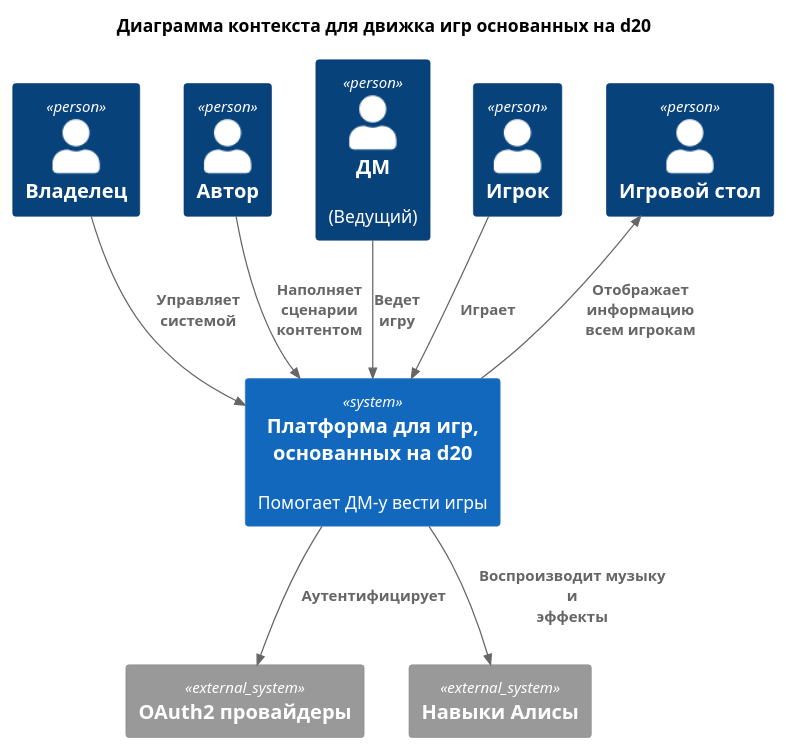
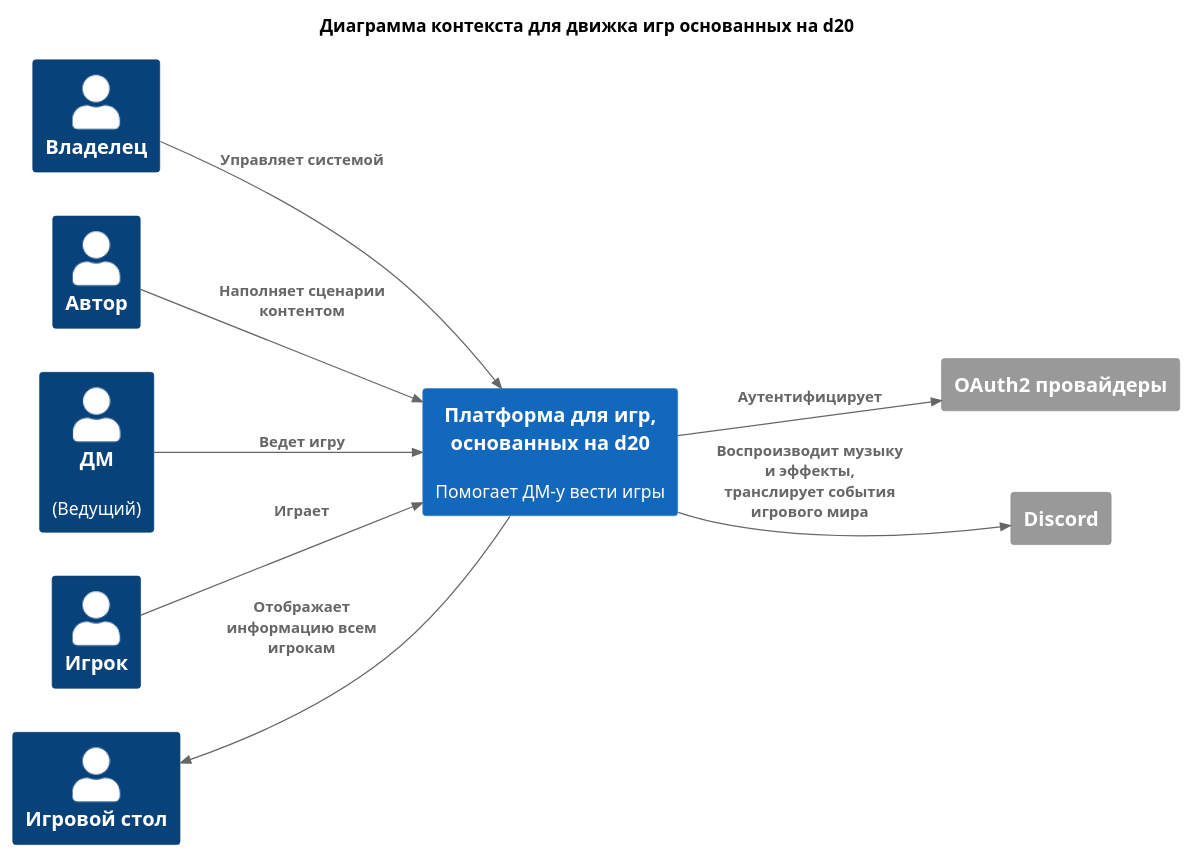
The diagram in chart/C4_1_context.puml (butakovmv/d20e_arch), drawn with PlantUML before and after one commit. The commit also changed 8 other files, not shown here.

Commit message:
Бизнес-контекст, диаграмма контекста, нефункциональные требования

```diff
--- a/chart/C4_1_context.puml
+++ b/chart/C4_1_context.puml
@@ -1,25 +1,27 @@
 @startuml C4_Elements
 !include  https://raw.githubusercontent.com/plantuml-stdlib/C4-PlantUML/master/C4_Context.puml
 
 title Диаграмма контекста для движка игр основанных на d20
+HIDE_STEREOTYPE()
+LAYOUT_LEFT_RIGHT()
 
 Person(owner, "Владелец", "")
 Person(cm, "Автор", "")
 Person(dm, "ДМ", "(Ведущий)")
 Person(player, "Игрок", "")
 Person(table, "Игровой стол", "")
 
 System(d20platform, "Платформа для игр, основанных на d20", "Помогает ДМ-у вести игры")
 
 System_Ext(oauth, "OAuth2 провайдеры", "")
-System_Ext(alice, "Навыки Алисы", "")
+System_Ext(discord, "Discord", "")
 
-Rel(owner, d20platform, "Управляет\nсистемой")
-Rel(cm, d20platform, "Наполняет\nсценарии\nконтентом")
-Rel(dm, d20platform, "Ведет\nигру")
+Rel(owner, d20platform, "Управляет системой")
+Rel(cm, d20platform, "Наполняет сценарии контентом")
+Rel(dm, d20platform, "Ведет игру")
 Rel(player, d20platform, "Играет")
-Rel_Back(table, d20platform, "Отображает\nинформацию\nвсем игрокам")
+Rel_Back(table, d20platform, "Отображает информацию всем игрокам")
 
 Rel(d20platform, oauth, "Аутентифицирует")
-Rel(d20platform, alice, "Воспроизводит музыку и \nэффекты")
+Rel(d20platform, discord, "Воспроизводит музыку и эффекты, транслирует события игрового мира")
 @enduml
```
